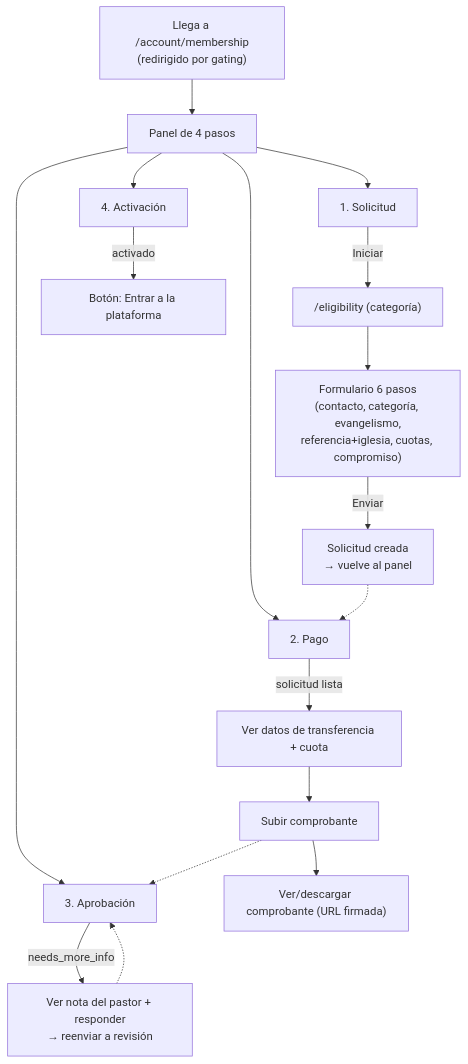
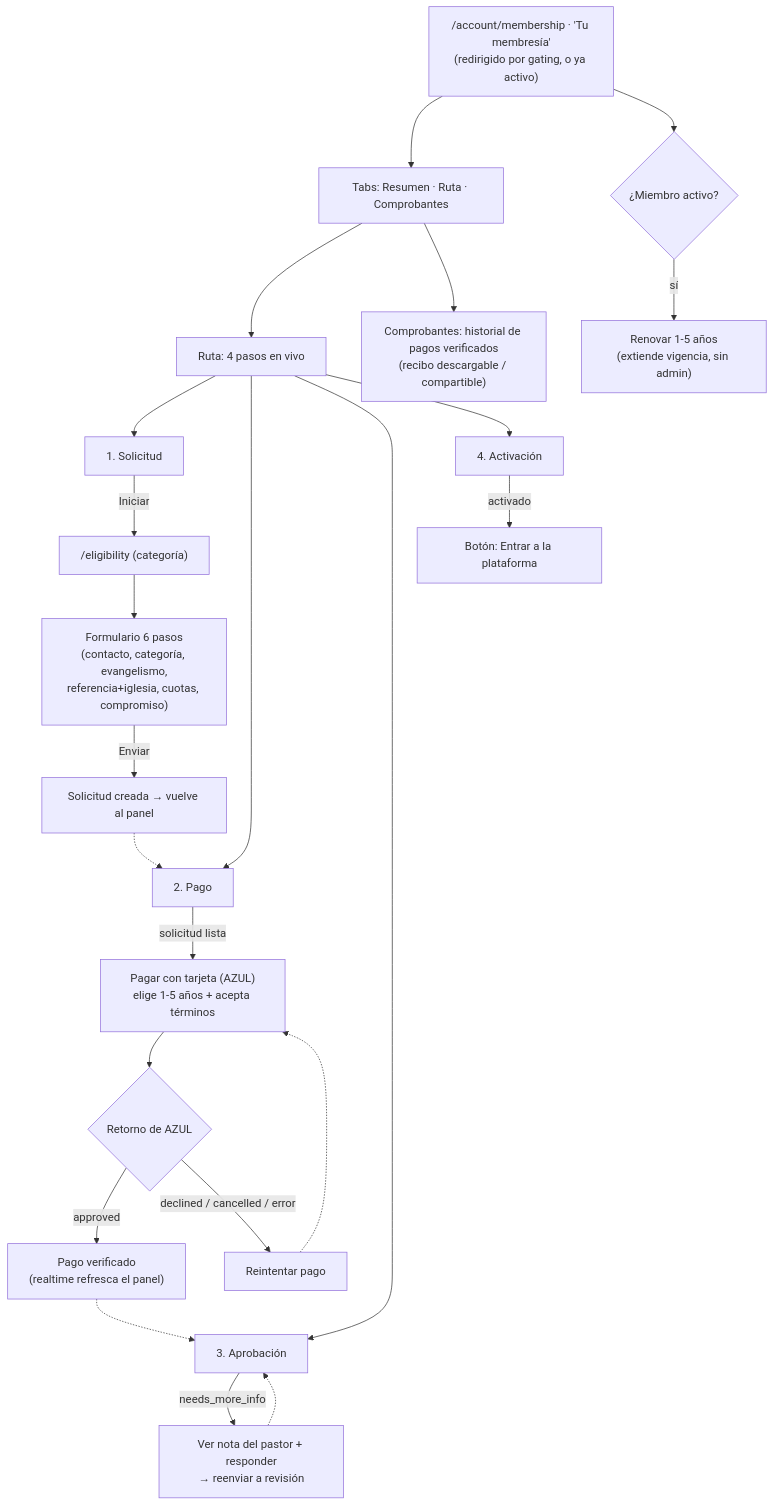
Before and after one commit to EdgarJr30/asi_do: diagram 11 of 23 in docs/architecture/plataforma-flujograma.md, drawn with Mermaid. The commit also changed other lines of this file and 3 other files, not shown here.

First line of the commit message:
feat: update membership flow and add payment gateway AZUL details

````diff
--- a/docs/architecture/plataforma-flujograma.md
+++ b/docs/architecture/plataforma-flujograma.md
@@ -339,24 +389,30 @@
 ```mermaid
 flowchart TD
-    LAND["Llega a /account/membership<br/>(redirigido por gating)"] --> STEPS["Panel de 4 pasos"]
+    LAND["/account/membership · 'Tu membresía'<br/>(redirigido por gating, o ya activo)"] --> TABS["Tabs: Resumen · Ruta · Comprobantes"]
+    TABS --> STEPS["Ruta: 4 pasos en vivo"]
     STEPS --> S1["1. Solicitud"]
     STEPS --> S2["2. Pago"]
     STEPS --> S3["3. Aprobación"]
     STEPS --> S4["4. Activación"]
 
     S1 -->|"Iniciar"| ELG["/eligibility (categoría)"]
     ELG --> FORM["Formulario 6 pasos<br/>(contacto, categoría, evangelismo,<br/>referencia+iglesia, cuotas, compromiso)"]
-    FORM -->|"Enviar"| OKSUB["Solicitud creada<br/>→ vuelve al panel"]
+    FORM -->|"Enviar"| OKSUB["Solicitud creada → vuelve al panel"]
 
-    S2 -->|"solicitud lista"| TRANSF["Ver datos de transferencia + cuota"]
-    TRANSF --> UPL["Subir comprobante"]
-    UPL --> VIEW["Ver/descargar comprobante (URL firmada)"]
+    S2 -->|"solicitud lista"| PAYCARD["Pagar con tarjeta (AZUL)<br/>elige 1-5 años + acepta términos"]
+    PAYCARD --> RES{"Retorno de AZUL"}
+    RES -->|"approved"| OKPAY["Pago verificado<br/>(realtime refresca el panel)"]
+    RES -->|"declined / cancelled / error"| RETRY["Reintentar pago"]
+    RETRY -.-> PAYCARD
 
     S3 -->|"needs_more_info"| NOTE["Ver nota del pastor + responder<br/>→ reenviar a revisión"]
-
     S4 -->|"activado"| ENTER["Botón: Entrar a la plataforma"]
 
+    TABS --> RCPT["Comprobantes: historial de pagos verificados<br/>(recibo descargable / compartible)"]
+    LAND --> ACTIVE{"¿Miembro activo?"}
+    ACTIVE -->|"sí"| RENEW["Renovar 1-5 años<br/>(extiende vigencia, sin admin)"]
+
     OKSUB -.-> S2
-    UPL -.-> S3
+    OKPAY -.-> S3
     NOTE -.-> S3
 ```
````
